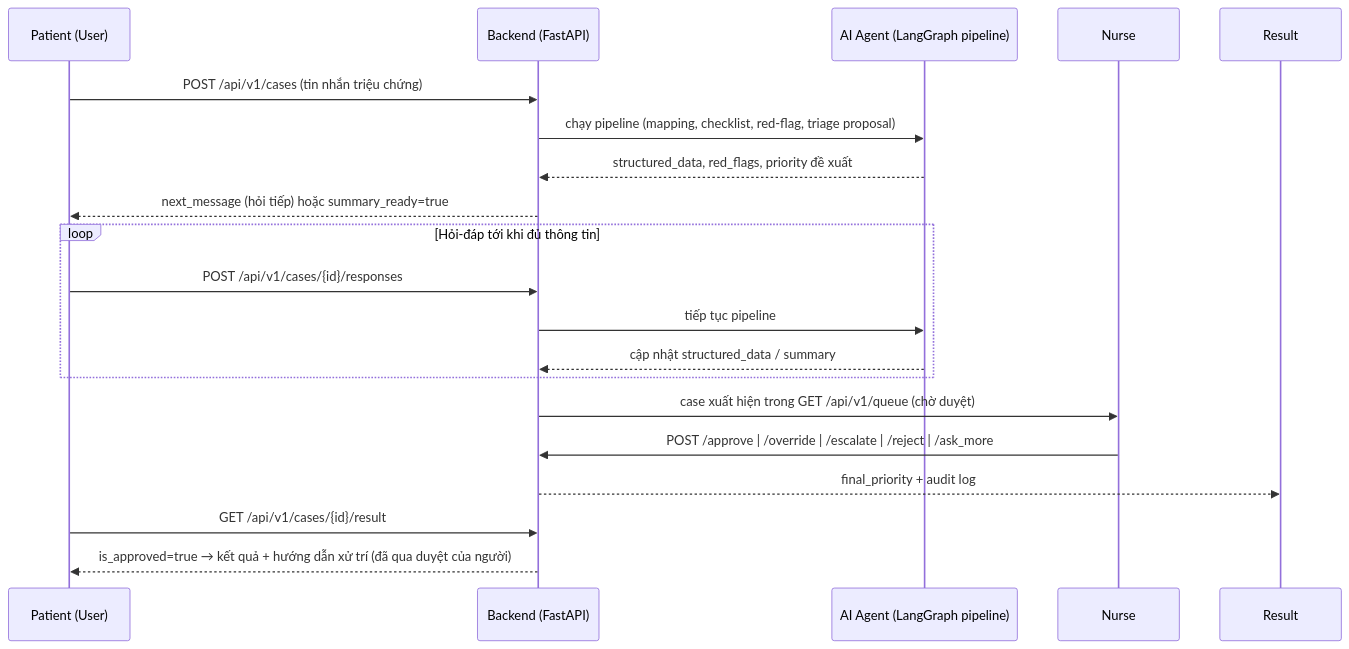
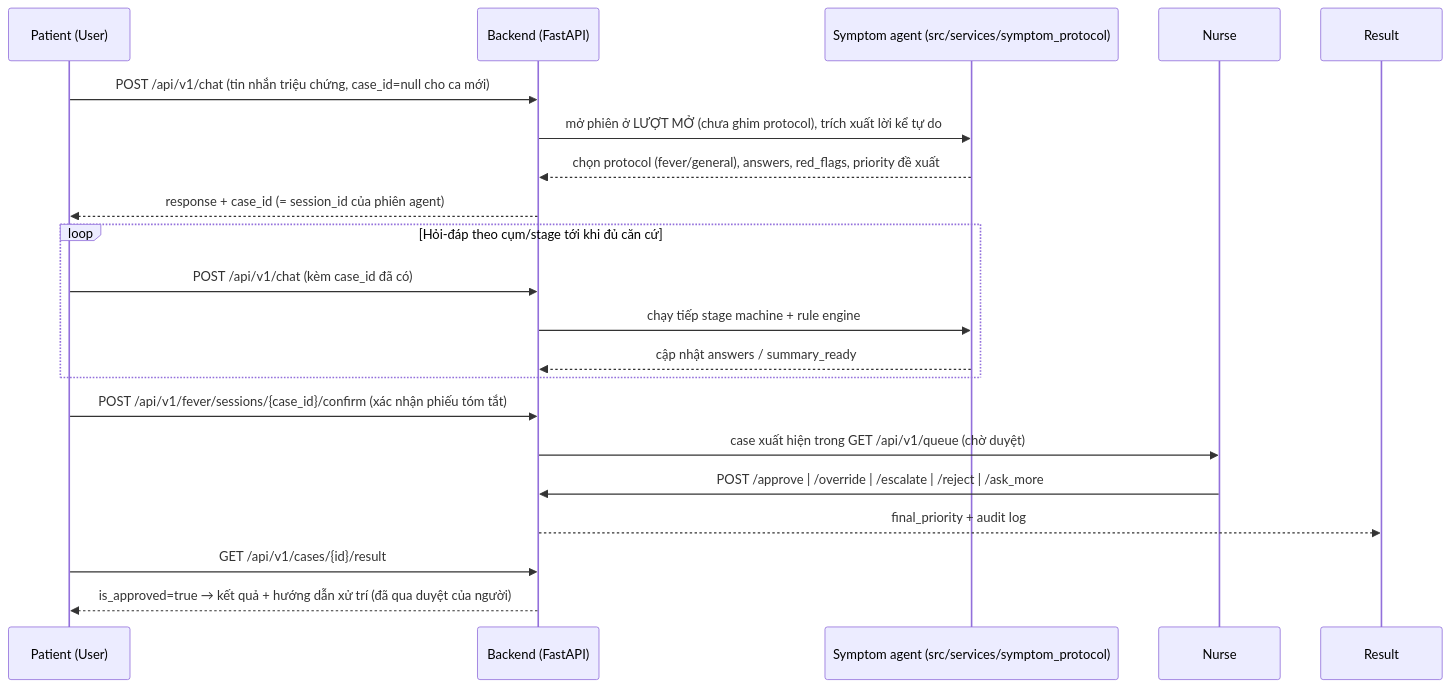
One commit to tuananhpham-vnu/VmedTriage_MicroGenius changed the diagram in docs/API_DOCUMENTATION.md. Above: the diagram before and after it, drawn with Mermaid. The commit also changed other lines of this file and 32 other files, not shown here.

First line of the commit message:
[feat]: agent v6 - Refactor symptom protocol session and stage machine logic

````diff
--- a/docs/API_DOCUMENTATION.md
+++ b/docs/API_DOCUMENTATION.md
@@ -40,26 +48,28 @@
 ```mermaid
 sequenceDiagram
     participant P as Patient (User)
     participant B as Backend (FastAPI)
-    participant AI as AI Agent (LangGraph pipeline)
+    participant AI as Symptom agent (src/services/symptom_protocol)
     participant N as Nurse
     participant R as Result
 
-    P->>B: POST /api/v1/cases (tin nhắn triệu chứng)
-    B->>AI: chạy pipeline (mapping, checklist, red-flag, triage proposal)
-    AI-->>B: structured_data, red_flags, priority đề xuất
-    B-->>P: next_message (hỏi tiếp) hoặc summary_ready=true
+    P->>B: POST /api/v1/chat (tin nhắn triệu chứng, case_id=null cho ca mới)
+    B->>AI: mở phiên ở LƯỢT MỞ (chưa ghim protocol), trích xuất lời kể tự do
+    AI-->>B: chọn protocol (fever/general), answers, red_flags, priority đề xuất
+    B-->>P: response + case_id (= session_id của phiên agent)
 
-    loop Hỏi-đáp tới khi đủ thông tin
-        P->>B: POST /api/v1/cases/{id}/responses
-        B->>AI: tiếp tục pipeline
-        AI-->>B: cập nhật structured_data / summary
+    loop Hỏi-đáp theo cụm/stage tới khi đủ căn cứ
+        P->>B: POST /api/v1/chat (kèm case_id đã có)
+        B->>AI: chạy tiếp stage machine + rule engine
+        AI-->>B: cập nhật answers / summary_ready
     end
+
+    P->>B: POST /api/v1/fever/sessions/{case_id}/confirm (xác nhận phiếu tóm tắt)
 
     B->>N: case xuất hiện trong GET /api/v1/queue (chờ duyệt)
     N->>B: POST /approve | /override | /escalate | /reject | /ask_more
     B-->>R: final_priority + audit log
 
     P->>B: GET /api/v1/cases/{id}/result
     B-->>P: is_approved=true → kết quả + hướng dẫn xử trí (đã qua duyệt của người)
 ```
````
